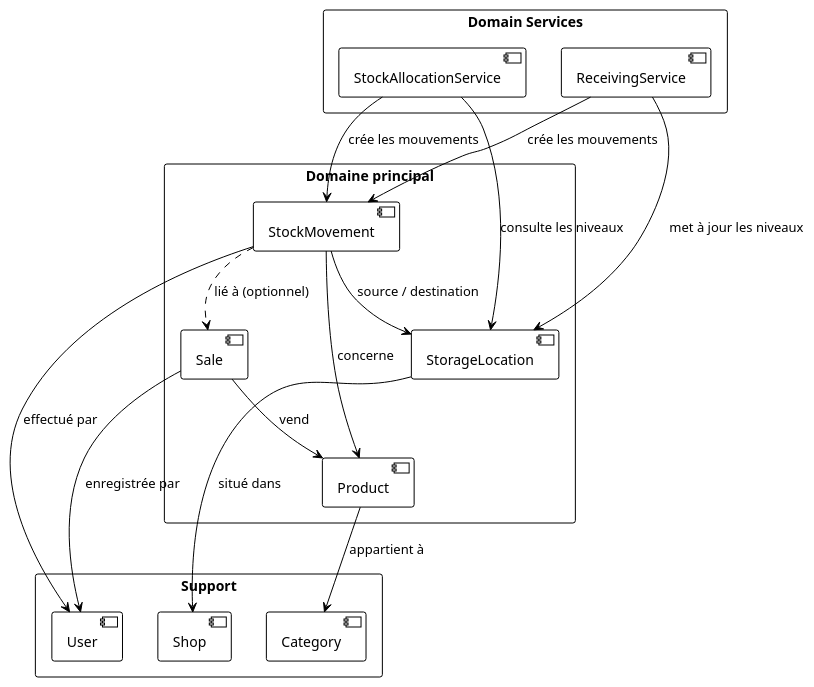
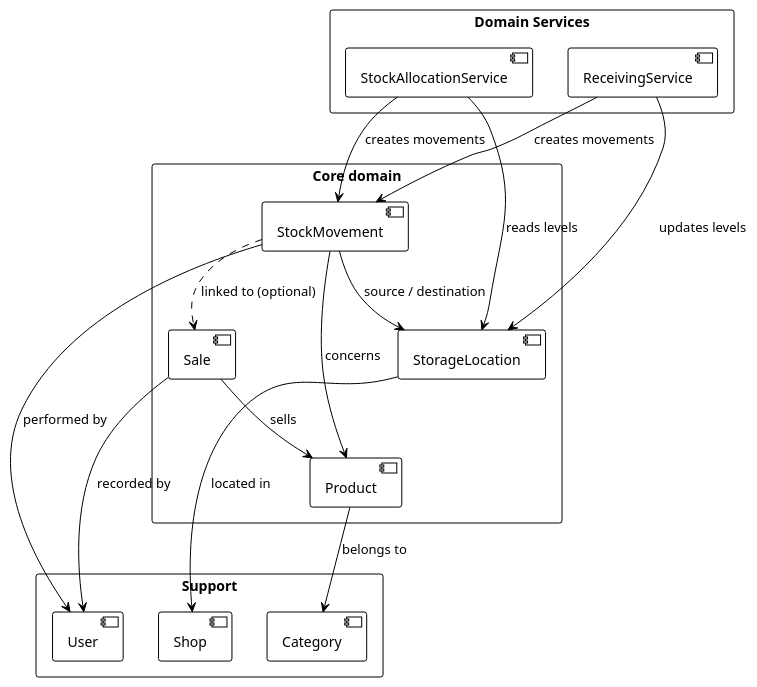
The diagram in antora-docs/modules/domain/pages/index.adoc (aliCheikCheikh/auto-stock-management), drawn with PlantUML before and after one commit. The commit also changed other lines of this file and 542 other files, not shown here.

```diff
--- a/antora-docs/modules/domain/pages/index.adoc
+++ b/antora-docs/modules/domain/pages/index.adoc
@@ -86,40 +72,40 @@
 [plantuml]
 ----
 @startuml
 !theme plain
 skinparam backgroundColor transparent
 skinparam packageStyle rectangle
 
-package "Domaine principal" {
+package "Core domain" {
   [Product] as P
   [StorageLocation] as SL
   [StockMovement] as SM
   [Sale] as SA
 }
 
 package "Support" {
   [Category] as C
   [Shop] as SH
   [User] as U
 }
 
 package "Domain Services" {
   [StockAllocationService] as SAS
   [ReceivingService] as RS
 }
 
-P --> C : appartient à
-SL --> SH : situé dans
-SM --> P : concerne
+P --> C : belongs to
+SL --> SH : located in
+SM --> P : concerns
 SM --> SL : source / destination
-SM --> U : effectué par
-SM ..> SA : lié à (optionnel)
-SA --> U : enregistrée par
-SA --> P : vend
+SM --> U : performed by
+SM ..> SA : linked to (optional)
+SA --> U : recorded by
+SA --> P : sells
 
-SAS --> SL : consulte les niveaux
-SAS --> SM : crée les mouvements
-RS --> SL : met à jour les niveaux
-RS --> SM : crée les mouvements
+SAS --> SL : reads levels
+SAS --> SM : creates movements
+RS --> SL : updates levels
+RS --> SM : creates movements
 @enduml
 ----
```
